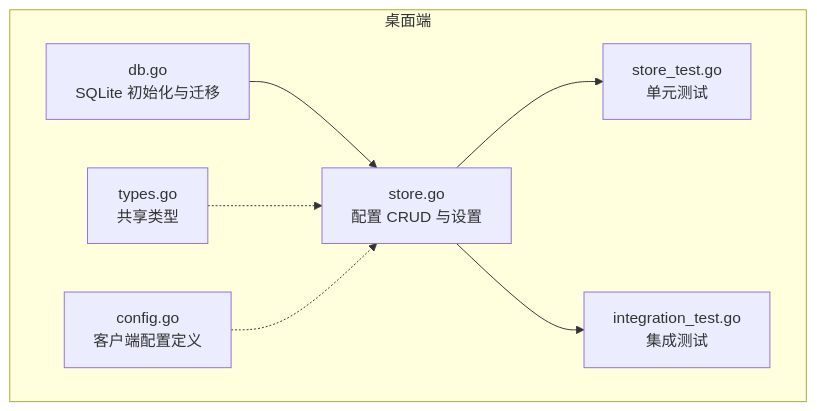
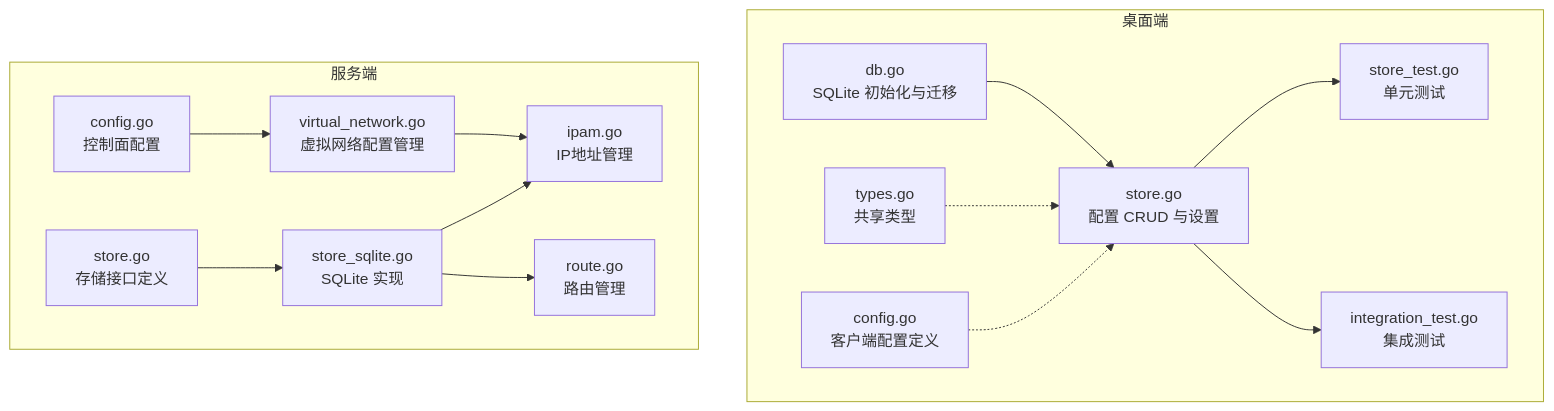
Before and after one commit to itsharex/NexTunnel: the first of 4 diagrams in .qoder/repowiki/zh/content/数据模型/数据模型.md, drawn with Mermaid. The commit also changed other lines of this file and 23 other files, not shown here.

````diff
--- a/.qoder/repowiki/zh/content/数据模型/数据模型.md
+++ b/.qoder/repowiki/zh/content/数据模型/数据模型.md
@@ -44,16 +55,29 @@
 ```mermaid
 graph TB
 subgraph "桌面端"
 A["db.go<br/>SQLite 初始化与迁移"]
 B["store.go<br/>配置 CRUD 与设置"]
 C["store_test.go<br/>单元测试"]
 D["integration_test.go<br/>集成测试"]
 E["types.go<br/>共享类型"]
 F["config.go<br/>客户端配置定义"]
 end
+subgraph "服务端"
+G["virtual_network.go<br/>虚拟网络配置管理"]
+H["config.go<br/>控制面配置"]
+I["store.go<br/>存储接口定义"]
+J["store_sqlite.go<br/>SQLite 实现"]
+K["ipam.go<br/>IP地址管理"]
+L["route.go<br/>路由管理"]
+end
 A --> B
 B --> C
 B --> D
 E -.-> B
 F -.-> B
+G --> K
+H --> G
+I --> J
+J --> K
+J --> L
 ```
````
